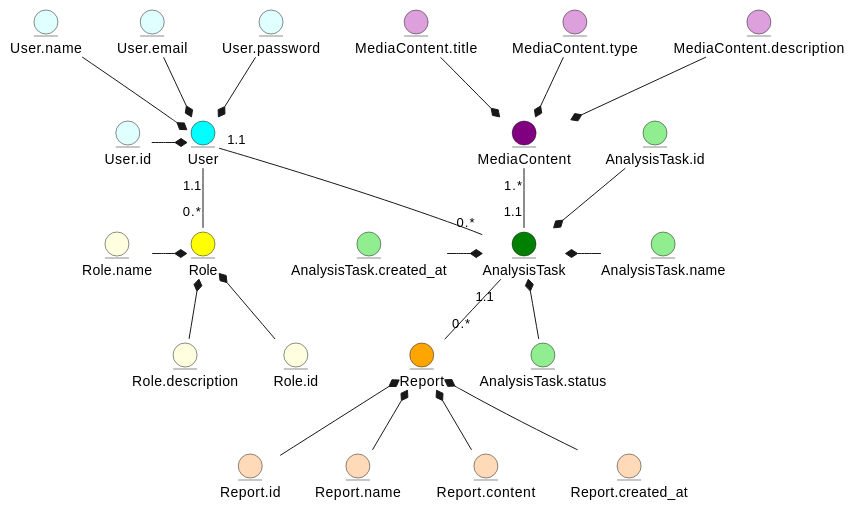
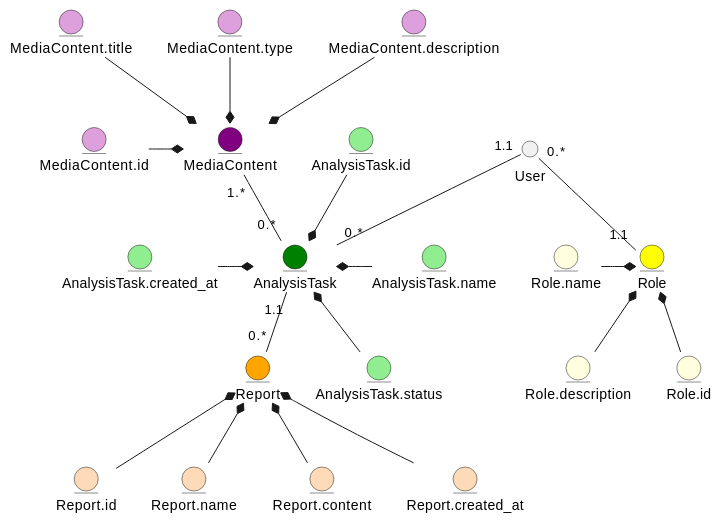
The diagram in docs/design.md (zhkcll/lab6), drawn with PlantUML before and after one commit.

````diff
--- a/docs/design.md
+++ b/docs/design.md
@@ -5,62 +5,51 @@
 ```plantuml
-@startuml
-
-entity User #cyan
-entity User.id #lightCyan
-entity User.name #lightCyan
-entity User.email #lightCyan
-entity User.password #lightCyan
-
-User.id -r-* User
-User.name --* User
-User.email --* User
-User.password --* User
-
 entity Role #yellow
 entity Role.name #lightYellow
 entity Role.description #lightYellow
 entity Role.id #lightYellow
 
 Role.name -r-* Role
 Role.description -u-* Role
 Role.id -u-* Role
 
 entity MediaContent #purple
+entity MediaContent.id #plum
 entity MediaContent.title #plum
 entity MediaContent.type #plum
 entity MediaContent.description #plum
 
+MediaContent.id -r-* MediaContent
 MediaContent.title --* MediaContent
 MediaContent.type --* MediaContent
 MediaContent.description --* MediaContent
 
 entity AnalysisTask #green
 entity AnalysisTask.id #lightGreen
 entity AnalysisTask.name #lightGreen
 entity AnalysisTask.status #lightGreen
 entity AnalysisTask.created_at #lightGreen
 
 AnalysisTask.id --* AnalysisTask
 AnalysisTask.name -l-* AnalysisTask
 AnalysisTask.status -u-* AnalysisTask
 AnalysisTask.created_at -r-* AnalysisTask
 
 entity Report #orange
 entity Report.id #peachPuff
 entity Report.name #peachPuff
 entity Report.content #peachPuff
 entity Report.created_at #peachPuff
 
 Report.id -u-* Report
 Report.name -u-* Report
 Report.content -u-* Report
 Report.created_at -u-* Report
 
-User "1.1" -- "0.*" Role
+User "0.*" -- "1.1" Role
 User "1.1" -- "0.*" AnalysisTask
 
-MediaContent "1.*" -- "1.1" AnalysisTask
+MediaContent "1.*" -- "0.*" AnalysisTask
 AnalysisTask "1.1" -- "0.*" Report
 
 @enduml
 ```
````
